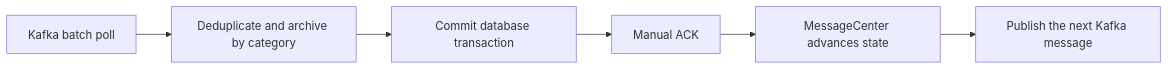
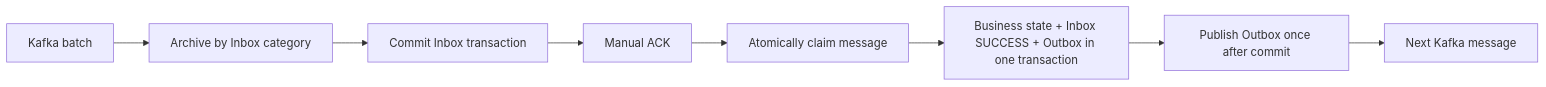
Before and after one commit to Zoujay/firefly: the second of 2 diagrams in README.md, drawn with Mermaid. The commit also changed other lines of this file, not shown here.

````diff
--- a/README.md
+++ b/README.md
@@ -469,8 +512,10 @@
 ```mermaid
 flowchart LR
-    A["Kafka batch poll"] --> B["Deduplicate and archive by category"]
-    B --> C["Commit database transaction"]
-    C --> D["Manual ACK"]
-    D --> E["MessageCenter advances state"]
-    E --> F["Publish the next Kafka message"]
+    K1["Kafka batch"] --> I1["Archive by Inbox category"]
+    I1 --> I2["Commit Inbox transaction"]
+    I2 --> A["Manual ACK"]
+    A --> C["Atomically claim message"]
+    C --> T["Business state + Inbox SUCCESS + Outbox in one transaction"]
+    T --> P["Publish Outbox once after commit"]
+    P --> K2["Next Kafka message"]
 ```
````
